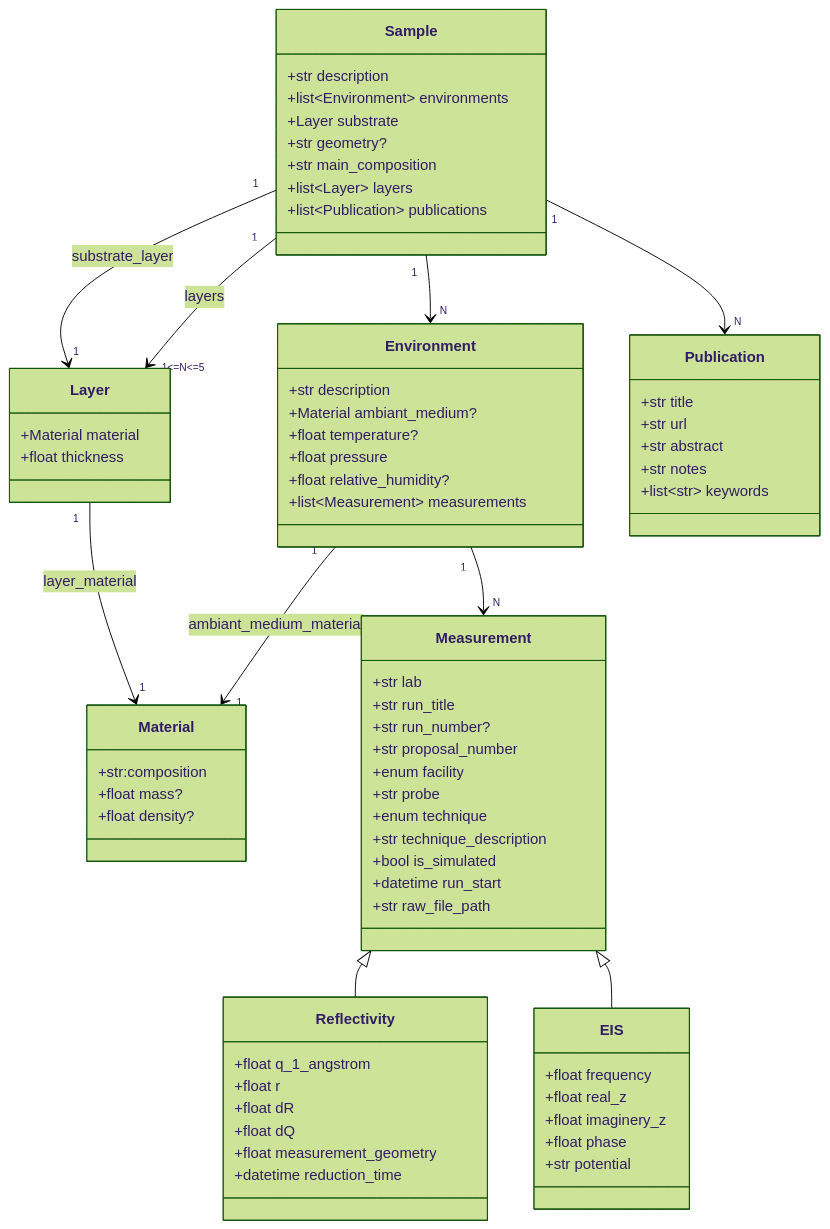
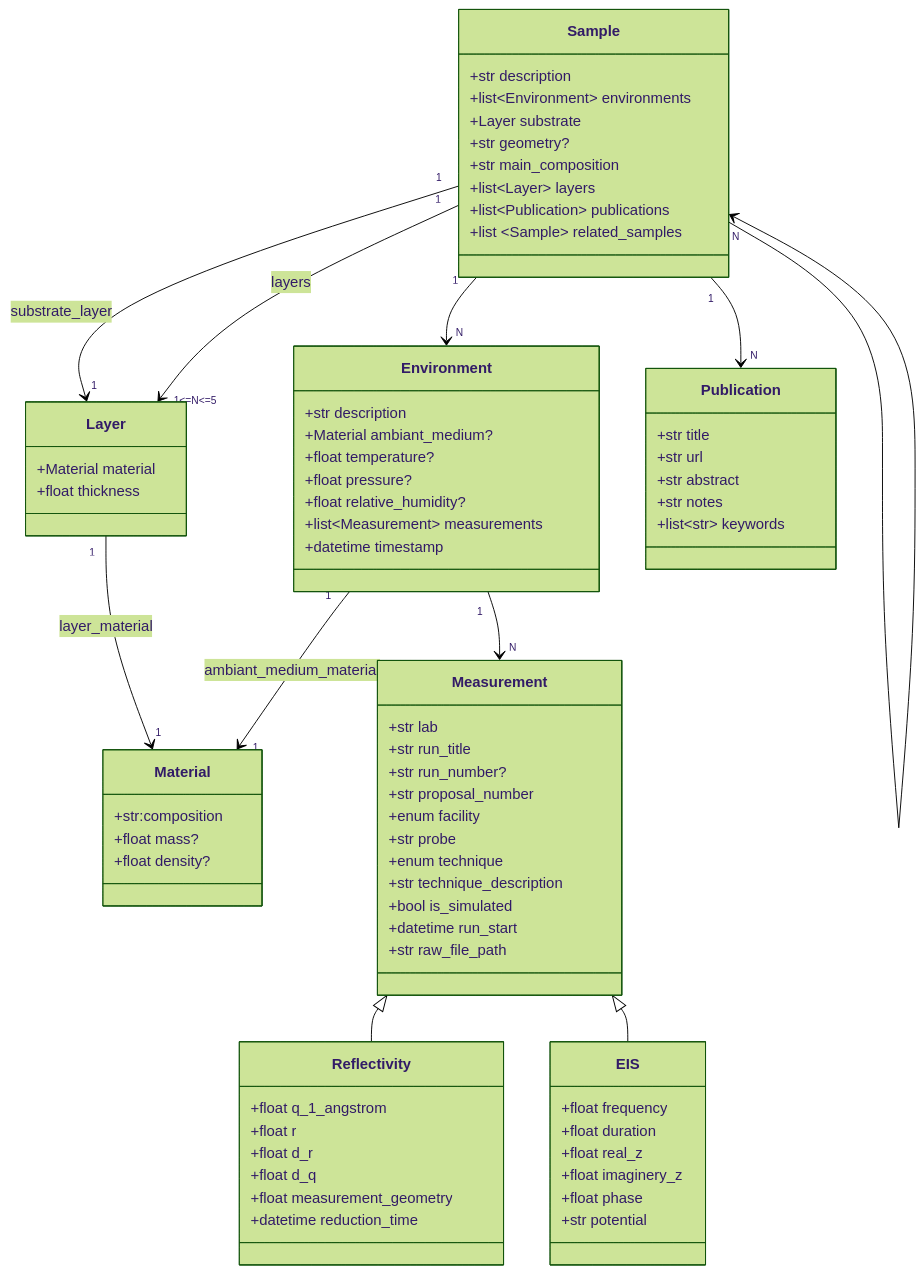
One commit to isaac-neutrons/raven_ai changed the first of 3 diagrams in docs/source/design/datamodels.rst. Above: the diagram before and after it, drawn with Mermaid (forest theme). The commit also changed other lines of this file and 6 other files, not shown here.

```diff
--- a/docs/source/design/datamodels.rst
+++ b/docs/source/design/datamodels.rst
@@ -14,6 +14,8 @@
  classDiagram
 
     Sample "1" -->"N" Environment
+    Sample -->"N" Sample
+
     Sample "1" -->"1" Layer : substrate_layer
     Sample "1" -->"1<=N<=5" Layer : layers
 
@@ -36,6 +38,7 @@
         +str main_composition
         +list~Layer~ layers
         +list~Publication~ publications
+        +list ~Sample~ related_samples
     }
 
 
@@ -67,14 +70,15 @@
     class Reflectivity{
         +float q_1_angstrom
         +float r
-        +float dR
-        +float dQ
+        +float d_r
+        +float d_q
         +float measurement_geometry
         +datetime reduction_time
     }
 
     class EIS{
         +float frequency
+        +float duration
         +float real_z
         +float imaginery_z
         +float phase
@@ -87,10 +91,11 @@
         +str description
         +Material ambiant_medium?
         +float temperature?
-        +float pressure
+        +float pressure?
         +float relative_humidity?
         +list~Measurement~ measurements
-    
+        +datetime timestamp
+
     }
 
 
```
